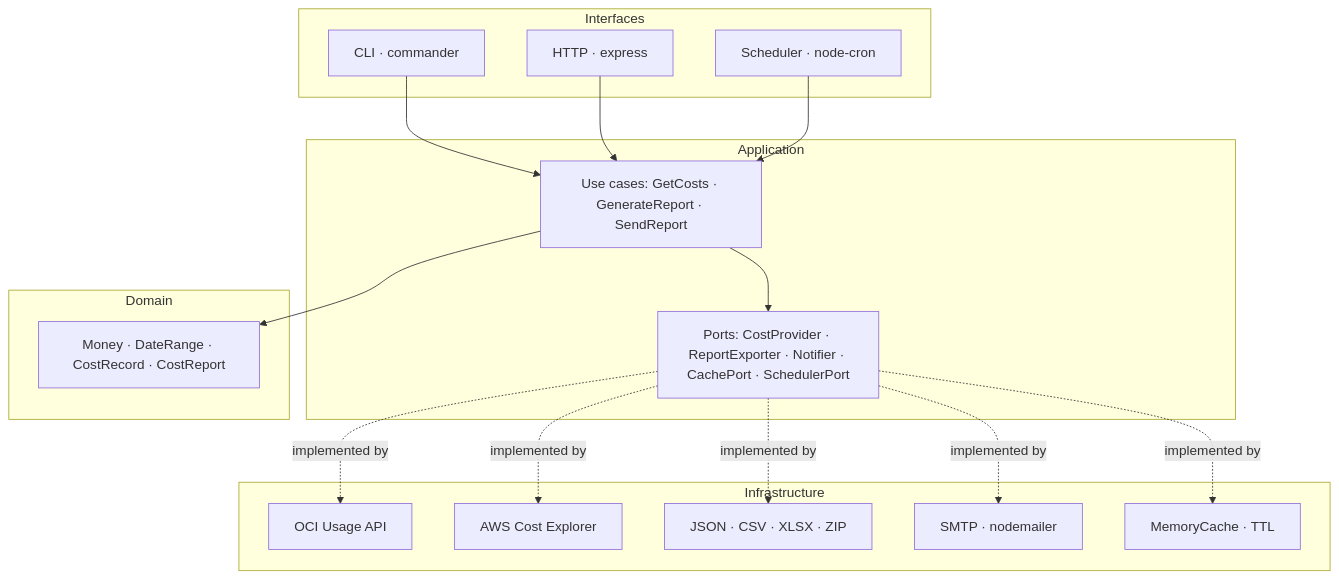
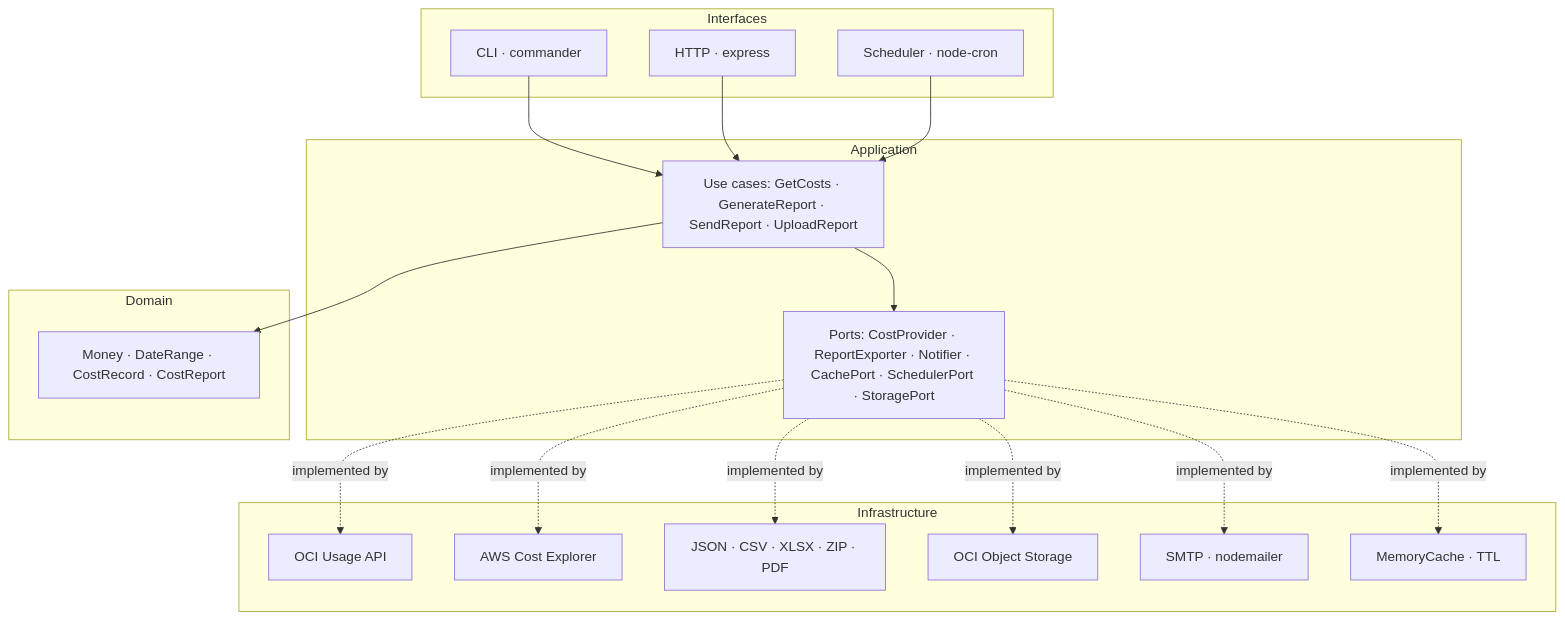
One commit to josuejcalazans/cloudcost changed the diagram in README.md. Above: the diagram before and after it, drawn with Mermaid. The commit also changed other lines of this file and 1 other file, not shown here.

Commit message:
docs: document pdf reports, comparison flags and object storage uploads

````diff
--- a/README.md
+++ b/README.md
@@ -111,32 +119,34 @@
 ```mermaid
 graph TD
   subgraph Interfaces
     CLI[CLI · commander]
     HTTP[HTTP · express]
     CRON[Scheduler · node-cron]
   end
   subgraph Application
-    UC["Use cases: GetCosts · GenerateReport · SendReport"]
-    PORTS["Ports: CostProvider · ReportExporter · Notifier · CachePort · SchedulerPort"]
+    UC["Use cases: GetCosts · GenerateReport · SendReport · UploadReport"]
+    PORTS["Ports: CostProvider · ReportExporter · Notifier · CachePort · SchedulerPort · StoragePort"]
   end
   subgraph Domain
     DOM["Money · DateRange · CostRecord · CostReport"]
   end
   subgraph Infrastructure
     OCI["OCI Usage API"]
     AWS["AWS Cost Explorer"]
-    EXP["JSON · CSV · XLSX · ZIP"]
+    EXP["JSON · CSV · XLSX · ZIP · PDF"]
+    S3["OCI Object Storage"]
     SMTP["SMTP · nodemailer"]
     MEM["MemoryCache · TTL"]
   end
   CLI --> UC
   HTTP --> UC
   CRON --> UC
   UC --> DOM
   UC --> PORTS
   PORTS -. implemented by .-> OCI
   PORTS -. implemented by .-> AWS
   PORTS -. implemented by .-> EXP
   PORTS -. implemented by .-> SMTP
+  PORTS -. implemented by .-> S3
   PORTS -. implemented by .-> MEM
 ```
````
